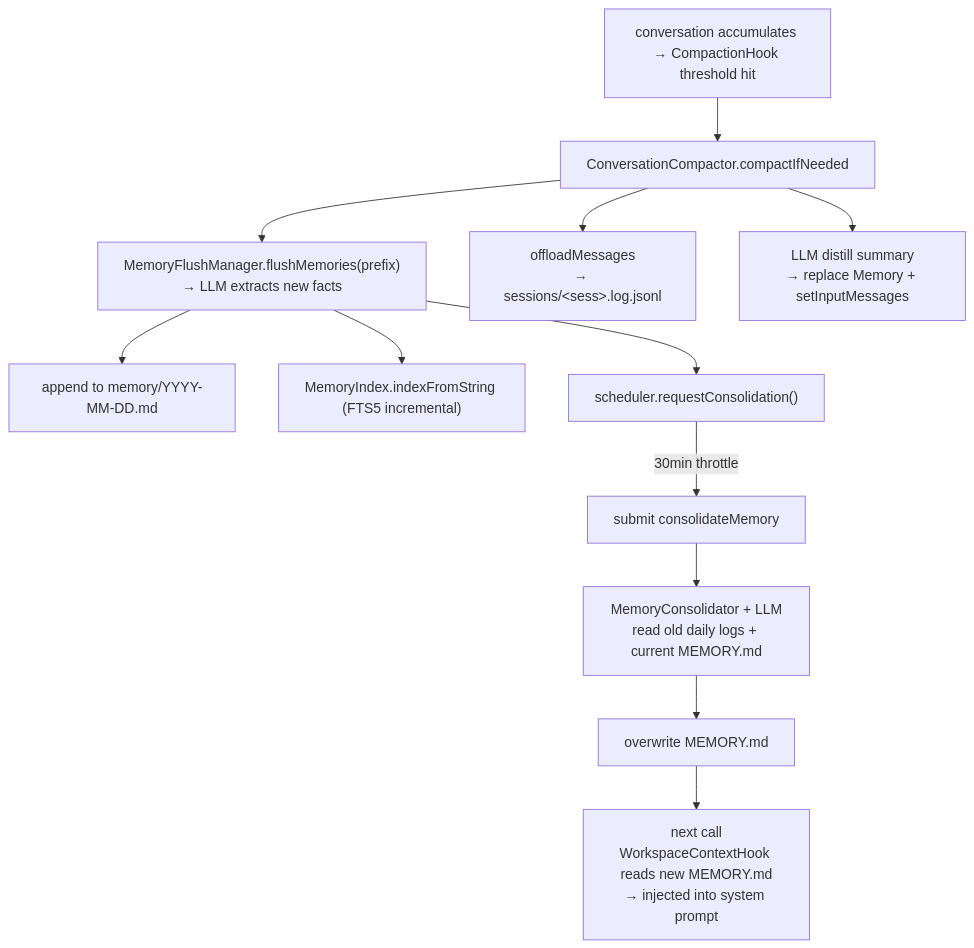
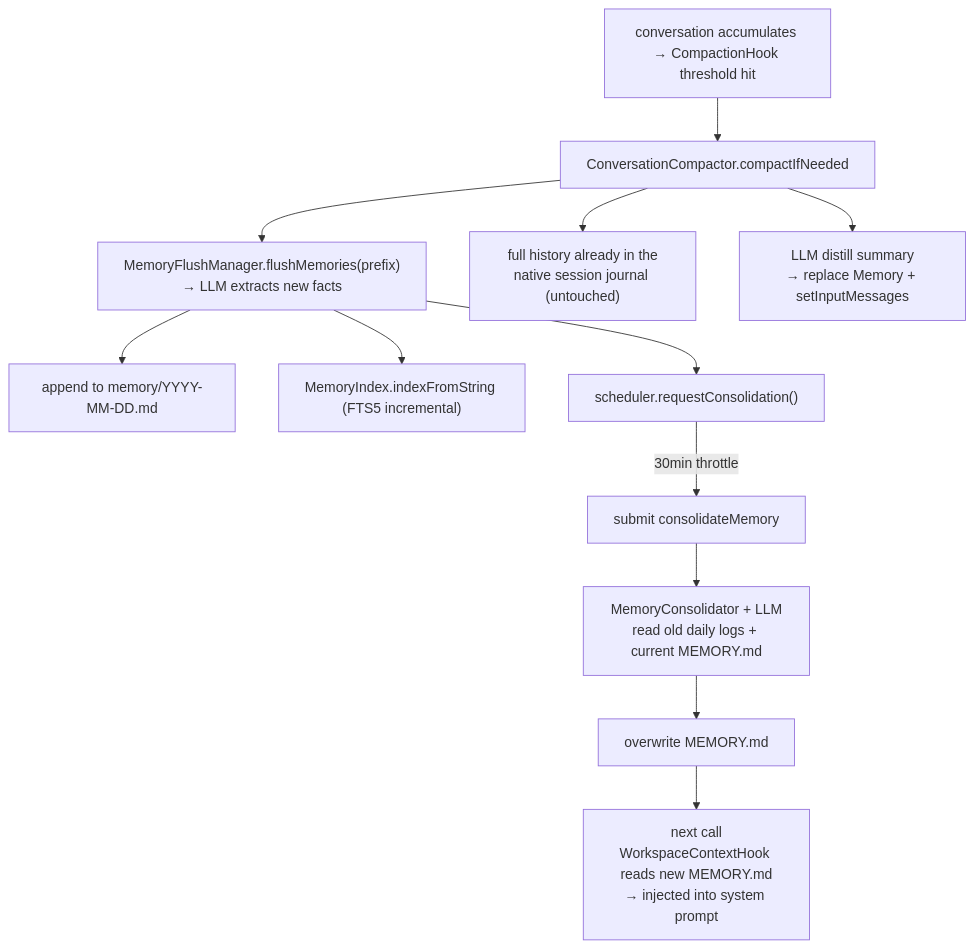
The sixth of 8 diagrams in docs/v1/en/docs/harness/architecture.md (nexora-dev200/agentscope-java), drawn with Mermaid before and after one commit. The commit also changed other lines of this file and 7 other files, not shown here.

Commit message:
docs(harness): correct session log claims after the native journal redesign (#3561)

````diff
--- a/docs/v1/en/docs/harness/architecture.md
+++ b/docs/v1/en/docs/harness/architecture.md
@@ -258,16 +258,16 @@
 ```mermaid
 graph TD
     A["conversation accumulates → CompactionHook threshold hit"] --> B["ConversationCompactor.compactIfNeeded"]
     B --> C["MemoryFlushManager.flushMemories(prefix)\n→ LLM extracts new facts"]
-    B --> D["offloadMessages\n→ sessions/&lt;sess&gt;.log.jsonl"]
+    B --> D["full history already in the\nnative session journal (untouched)"]
     B --> E["LLM distill summary\n→ replace Memory + setInputMessages"]
 
     C --> C1["append to memory/YYYY-MM-DD.md"]
     C --> C2["MemoryIndex.indexFromString (FTS5 incremental)"]
     C --> C3["scheduler.requestConsolidation()"]
 
     C3 -- "30min throttle" --> C4["submit consolidateMemory"]
     C4 --> C5["MemoryConsolidator + LLM\nread old daily logs + current MEMORY.md"]
     C5 --> C6["overwrite MEMORY.md"]
     C6 --> NEXT["next call\nWorkspaceContextHook reads new MEMORY.md\n→ injected into system prompt"]
 ```
````
